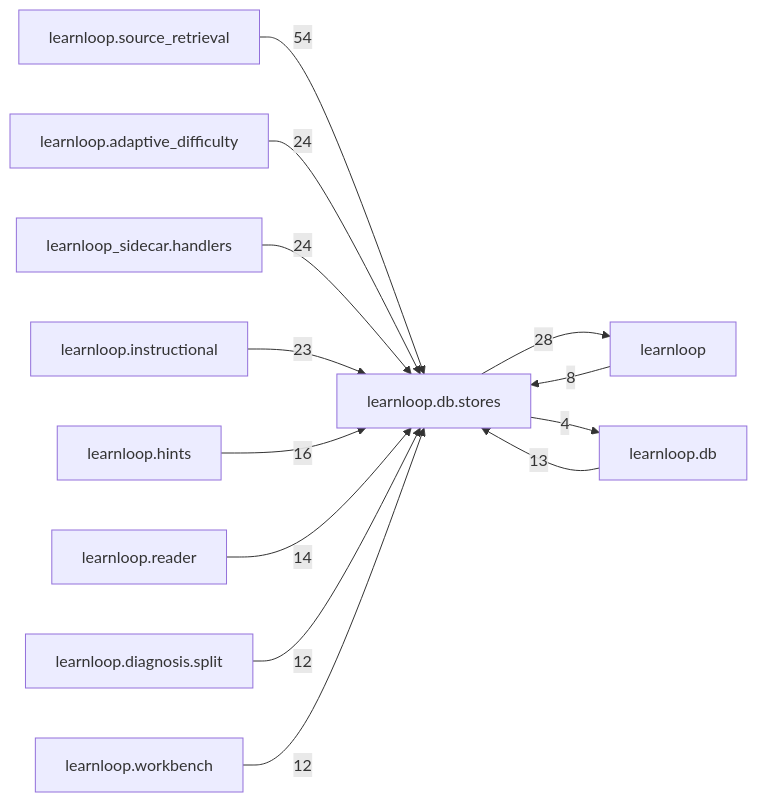
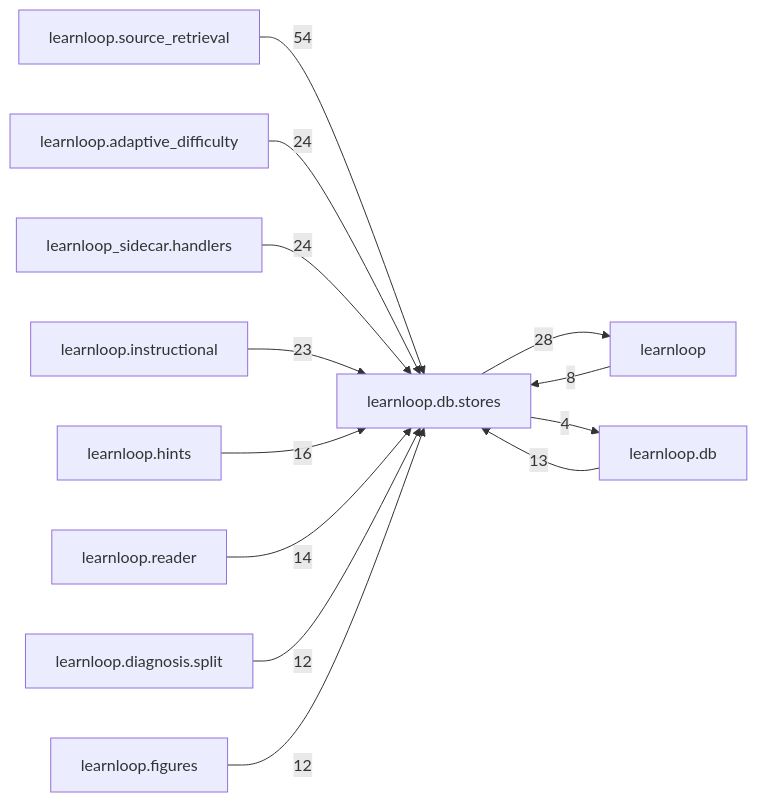
Before and after one commit to 6up-b/learnanything: the diagram in docs/learnloop-architecture-vault/Reference/Modules/learnloop/db/stores/_package.md, drawn with Mermaid. The commit also changed other lines of this file and 512 other files, not shown here.

````diff
--- a/docs/learnloop-architecture-vault/Reference/Modules/learnloop/db/stores/_package.md
+++ b/docs/learnloop-architecture-vault/Reference/Modules/learnloop/db/stores/_package.md
@@ -206,26 +206,26 @@
 ```mermaid
 flowchart LR
     center["learnloop.db.stores"]
     n_learnloop_source_retrieval["learnloop.source_retrieval"]
     n_learnloop["learnloop"]
     n_learnloop_adaptive_difficulty["learnloop.adaptive_difficulty"]
     n_learnloop_sidecar_handlers["learnloop_sidecar.handlers"]
     n_learnloop_instructional["learnloop.instructional"]
     n_learnloop_db["learnloop.db"]
     n_learnloop_hints["learnloop.hints"]
     n_learnloop_reader["learnloop.reader"]
     n_learnloop_diagnosis_split["learnloop.diagnosis.split"]
-    n_learnloop_workbench["learnloop.workbench"]
+    n_learnloop_figures["learnloop.figures"]
     n_learnloop_source_retrieval -->|54| center
     n_learnloop -->|8| center
     center -->|28| n_learnloop
     n_learnloop_adaptive_difficulty -->|24| center
     n_learnloop_sidecar_handlers -->|24| center
     n_learnloop_instructional -->|23| center
     n_learnloop_db -->|13| center
     center -->|4| n_learnloop_db
     n_learnloop_hints -->|16| center
     n_learnloop_reader -->|14| center
     n_learnloop_diagnosis_split -->|12| center
-    n_learnloop_workbench -->|12| center
+    n_learnloop_figures -->|12| center
 ```
````
